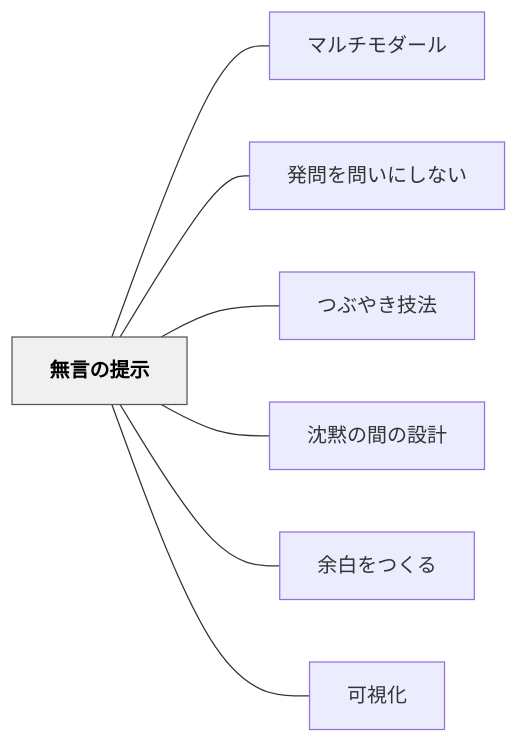
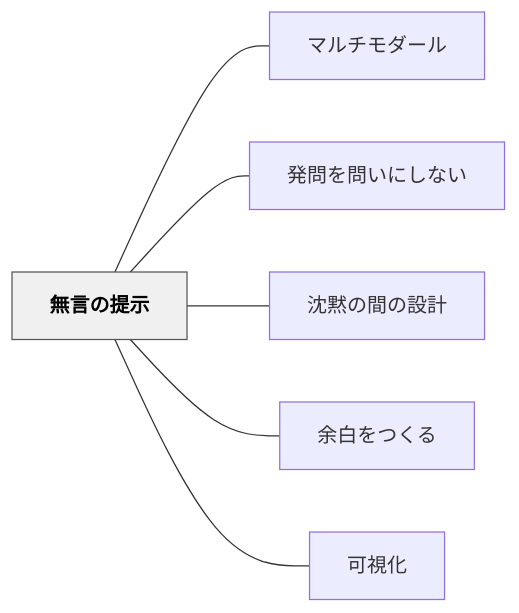
Before and after one commit to unknownthings-ed-patterns/unknownthings-ed-patterns: the diagram in content/パタン/無言の提示.md, drawn with Mermaid. The commit also changed other lines of this file and 32 other files, not shown here.

````diff
--- a/content/パタン/無言の提示.md
+++ b/content/パタン/無言の提示.md
@@ -53,20 +53,18 @@
 ```mermaid
 flowchart LR
     ne784a1e8a880e381aee68f90e7a4ba["無言の提示"]
     ne3839ee383abe38381e383a2e38380e383bce383ab["マルチモダール"]
     ne799bae5958fe38292e5958fe38184e381abe38197e381aae38184["発問を問いにしない"]
-    ne381a4e381b6e38284e3818de68a80e6b395["つぶやき技法"]
     ne6b288e9bb99e381aee99693e381aee8a8ade8a888["沈黙の間の設計"]
     ne4bd99e799bde38292e381a4e3818fe3828b["余白をつくる"]
     ne58fafe8a696e58c96["可視化"]
 
     ne784a1e8a880e381aee68f90e7a4ba --- ne3839ee383abe38381e383a2e38380e383bce383ab
     ne784a1e8a880e381aee68f90e7a4ba --- ne799bae5958fe38292e5958fe38184e381abe38197e381aae38184
-    ne784a1e8a880e381aee68f90e7a4ba --- ne381a4e381b6e38284e3818de68a80e6b395
     ne784a1e8a880e381aee68f90e7a4ba --- ne6b288e9bb99e381aee99693e381aee8a8ade8a888
     ne784a1e8a880e381aee68f90e7a4ba --- ne4bd99e799bde38292e381a4e3818fe3828b
     ne784a1e8a880e381aee68f90e7a4ba --- ne58fafe8a696e58c96
 
     classDef hub fill:#f0f0f0,stroke:#555,color:#000,font-weight:bold
     class ne784a1e8a880e381aee68f90e7a4ba hub
 ```
````
